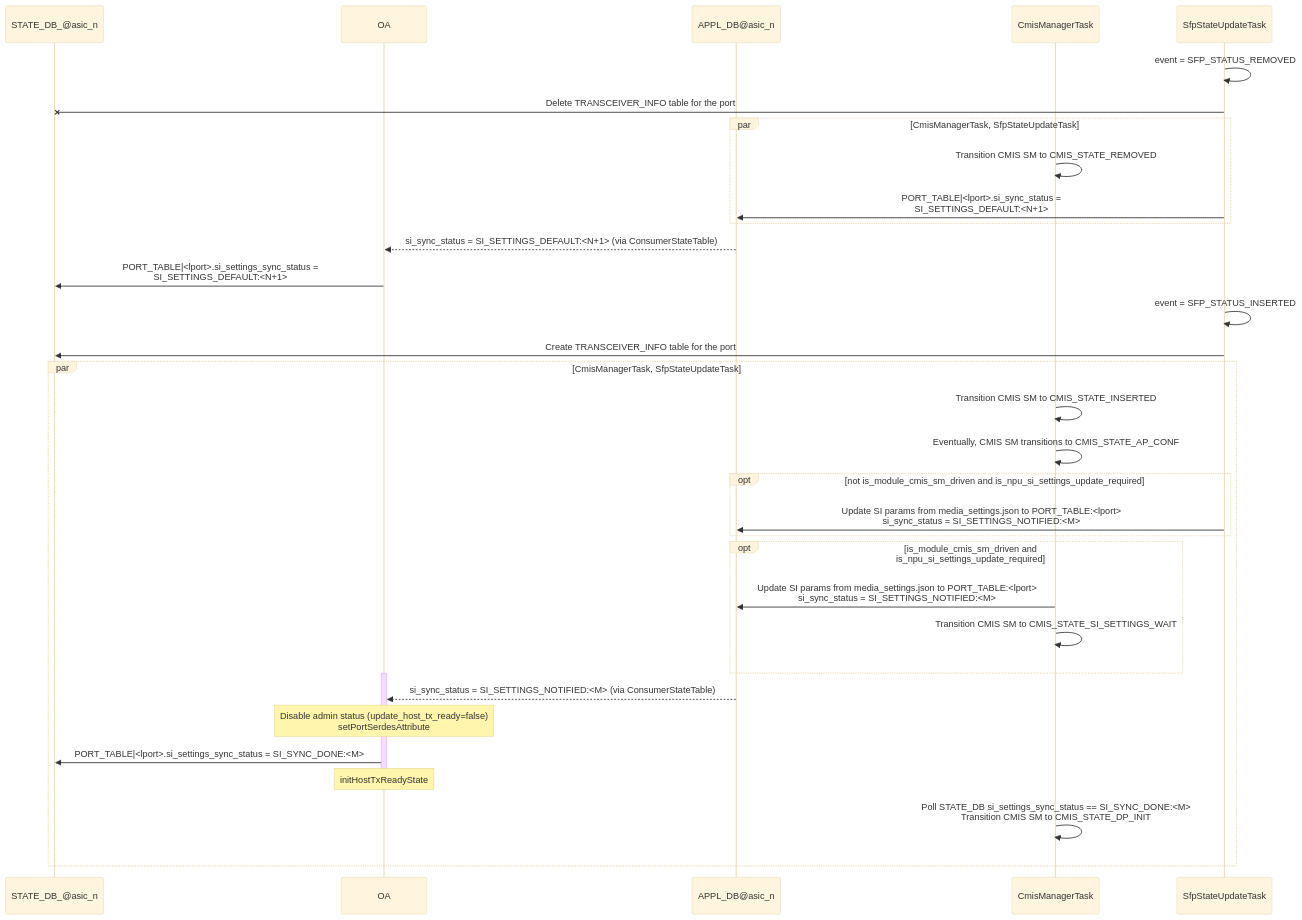
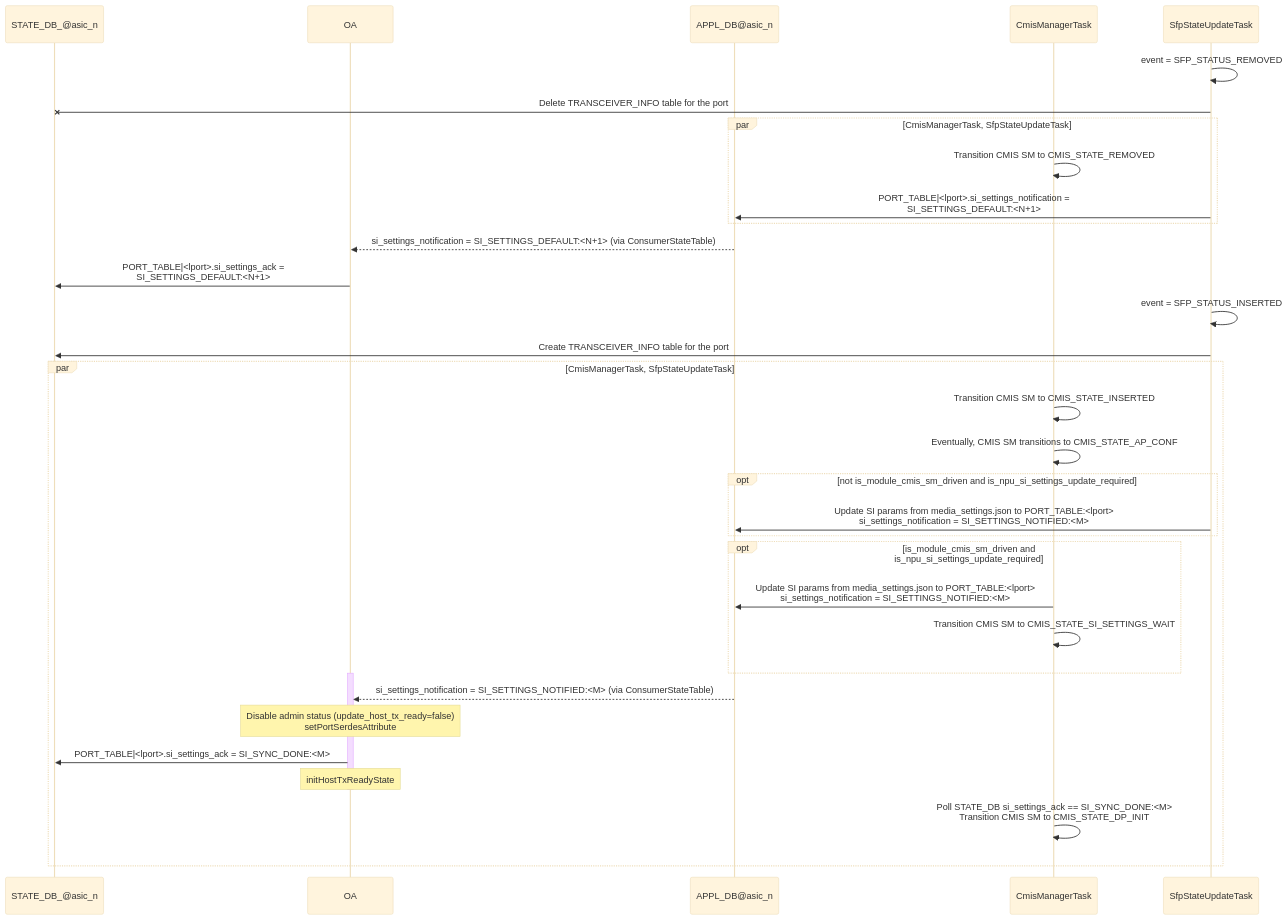
The fourth of 5 diagrams in doc/sfp-cmis/Interface-Link-bring-up-sequence.md (sonic-net/SONiC), drawn with Mermaid (base theme) before and after one commit. The commit also changed other lines of this file, not shown here.

````diff
--- a/doc/sfp-cmis/Interface-Link-bring-up-sequence.md
+++ b/doc/sfp-cmis/Interface-Link-bring-up-sequence.md
@@ -384,38 +393,38 @@
 ```mermaid
 sequenceDiagram
     participant STATE_DB as STATE_DB_@asic_n
     participant OA
     participant APPL_DB as APPL_DB@asic_n
     participant CmisManagerTask
     participant SfpStateUpdateTask
 
     SfpStateUpdateTask ->> SfpStateUpdateTask : event = SFP_STATUS_REMOVED
     SfpStateUpdateTask -x STATE_DB : Delete TRANSCEIVER_INFO table for the port
     par         CmisManagerTask, SfpStateUpdateTask
         CmisManagerTask ->> CmisManagerTask : Transition CMIS SM to CMIS_STATE_REMOVED
-        SfpStateUpdateTask ->> APPL_DB : PORT_TABLE|<lport>.si_sync_status = <br> SI_SETTINGS_DEFAULT:<N+1>
+        SfpStateUpdateTask ->> APPL_DB : PORT_TABLE|<lport>.si_settings_notification = <br> SI_SETTINGS_DEFAULT:<N+1>
     end
-    APPL_DB -->> OA: si_sync_status = SI_SETTINGS_DEFAULT:<N+1> (via ConsumerStateTable)
-    OA ->> STATE_DB : PORT_TABLE|<lport>.si_settings_sync_status = <br> SI_SETTINGS_DEFAULT:<N+1>
+    APPL_DB -->> OA: si_settings_notification = SI_SETTINGS_DEFAULT:<N+1> (via ConsumerStateTable)
+    OA ->> STATE_DB : PORT_TABLE|<lport>.si_settings_ack = <br> SI_SETTINGS_DEFAULT:<N+1>
 
     SfpStateUpdateTask ->> SfpStateUpdateTask : event = SFP_STATUS_INSERTED
     SfpStateUpdateTask ->> STATE_DB : Create TRANSCEIVER_INFO table for the port
     par CmisManagerTask, SfpStateUpdateTask
         CmisManagerTask ->> CmisManagerTask : Transition CMIS SM to CMIS_STATE_INSERTED
         CmisManagerTask ->> CmisManagerTask : Eventually, CMIS SM transitions to CMIS_STATE_AP_CONF
         opt not is_module_cmis_sm_driven and is_npu_si_settings_update_required
-          SfpStateUpdateTask ->> APPL_DB: Update SI params from media_settings.json to PORT_TABLE:<lport><br>si_sync_status = SI_SETTINGS_NOTIFIED:<M>
+          SfpStateUpdateTask ->> APPL_DB: Update SI params from media_settings.json to PORT_TABLE:<lport><br>si_settings_notification = SI_SETTINGS_NOTIFIED:<M>
         end
         opt is_module_cmis_sm_driven and is_npu_si_settings_update_required
-          CmisManagerTask ->> APPL_DB: Update SI params from media_settings.json to PORT_TABLE:<lport><br>si_sync_status = SI_SETTINGS_NOTIFIED:<M>
+          CmisManagerTask ->> APPL_DB: Update SI params from media_settings.json to PORT_TABLE:<lport><br>si_settings_notification = SI_SETTINGS_NOTIFIED:<M>
           CmisManagerTask ->> CmisManagerTask : Transition CMIS SM to CMIS_STATE_SI_SETTINGS_WAIT
         end
         activate OA
-        APPL_DB -->> OA: si_sync_status = SI_SETTINGS_NOTIFIED:<M> (via ConsumerStateTable)
+        APPL_DB -->> OA: si_settings_notification = SI_SETTINGS_NOTIFIED:<M> (via ConsumerStateTable)
         Note over OA: Disable admin status (update_host_tx_ready=false)<br>setPortSerdesAttribute
-        OA ->> STATE_DB: PORT_TABLE|<lport>.si_settings_sync_status = SI_SYNC_DONE:<M>
+        OA ->> STATE_DB: PORT_TABLE|<lport>.si_settings_ack = SI_SYNC_DONE:<M>
         Note over OA: initHostTxReadyState
         deactivate OA
-        CmisManagerTask ->> CmisManagerTask : Poll STATE_DB si_settings_sync_status == SI_SYNC_DONE:<M><br>Transition CMIS SM to CMIS_STATE_DP_INIT
+        CmisManagerTask ->> CmisManagerTask : Poll STATE_DB si_settings_ack == SI_SYNC_DONE:<M><br>Transition CMIS SM to CMIS_STATE_DP_INIT
     end
 ```
````
